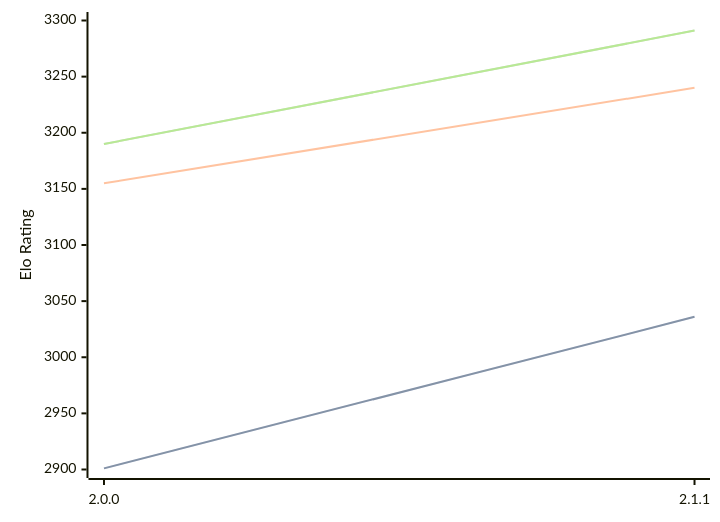
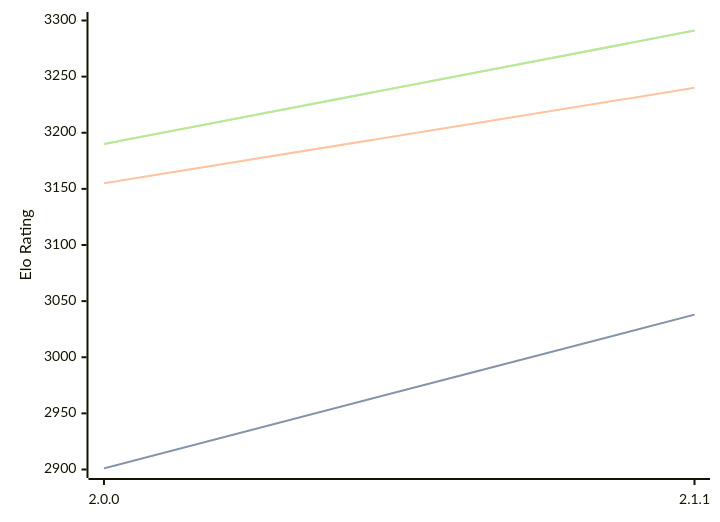
The diagram in engines/Bread.md (computer-chess-index/cci), drawn with Mermaid before and after one commit. The commit also changed other lines of this file, not shown here.

Commit message:
Update CCI Ratings (ELO VLTC) - 2026-03-13

````diff
--- a/engines/Bread.md
+++ b/engines/Bread.md
@@ -48,11 +48,11 @@
 ```mermaid
 %%{init: {"theme":"base","themeVariables":{"seriesColors:['#a3a3a3','#222221','#faa371']}}}%%
 xychart-beta
   x-axis ["2.0.0", "2.1.1"]
   y-axis "Elo Rating" 2900 --> 3300
-  line "STC (8.0+0.08s)" [2901, 3036]
-  line "STC (8.0+0.08s)" [2901, 3036]
+  line "STC (8.0+0.08s)" [2901, 3038]
+  line "STC (8.0+0.08s)" [2901, 3038]
   line "LTC (60.0+0.60s)" [3155, 3240]
   line "VLTC (2m24s+1.12s)" [3190, 3291]
   line "VLTC (2m24s+1.12s)" [3190, 3291]
 ```
````
